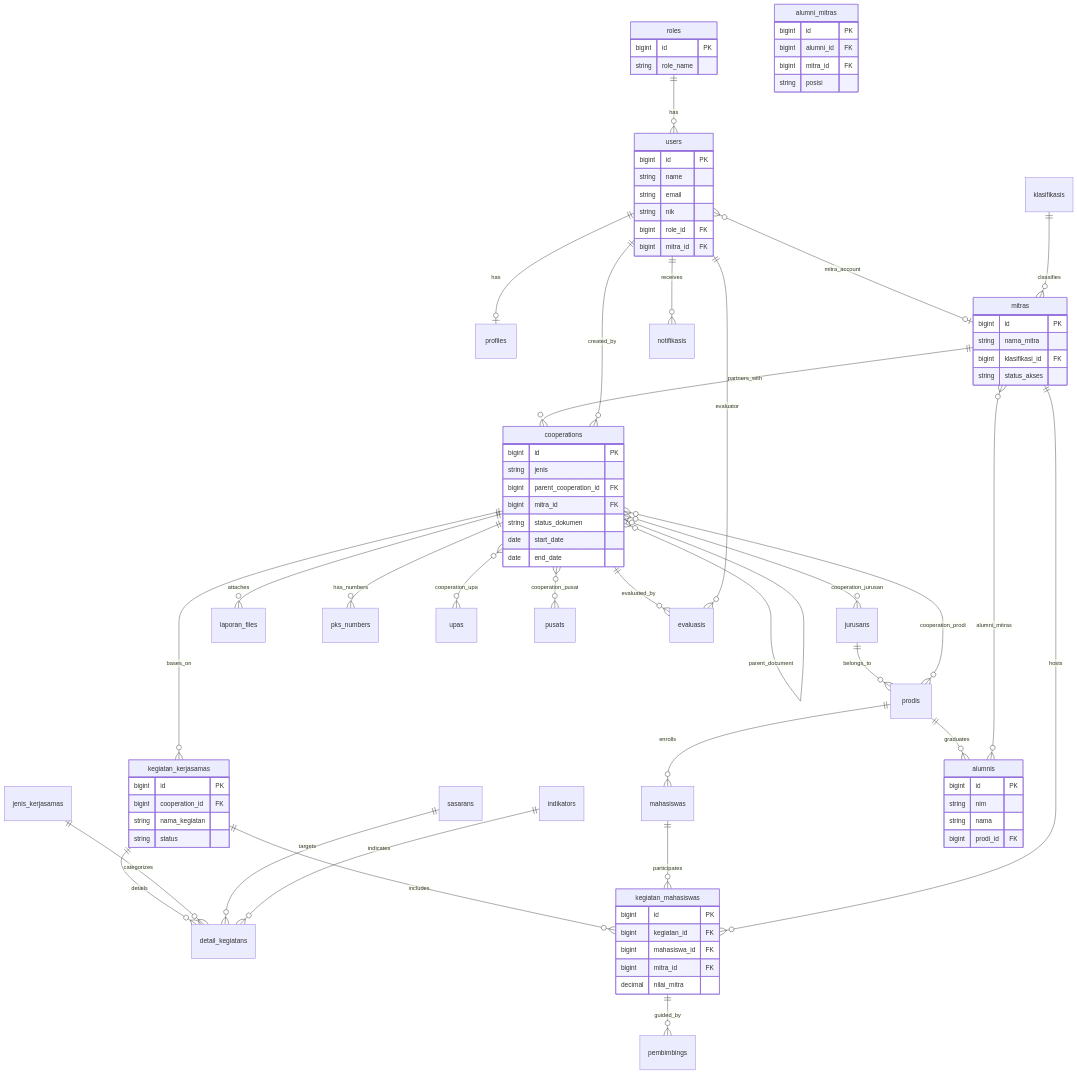
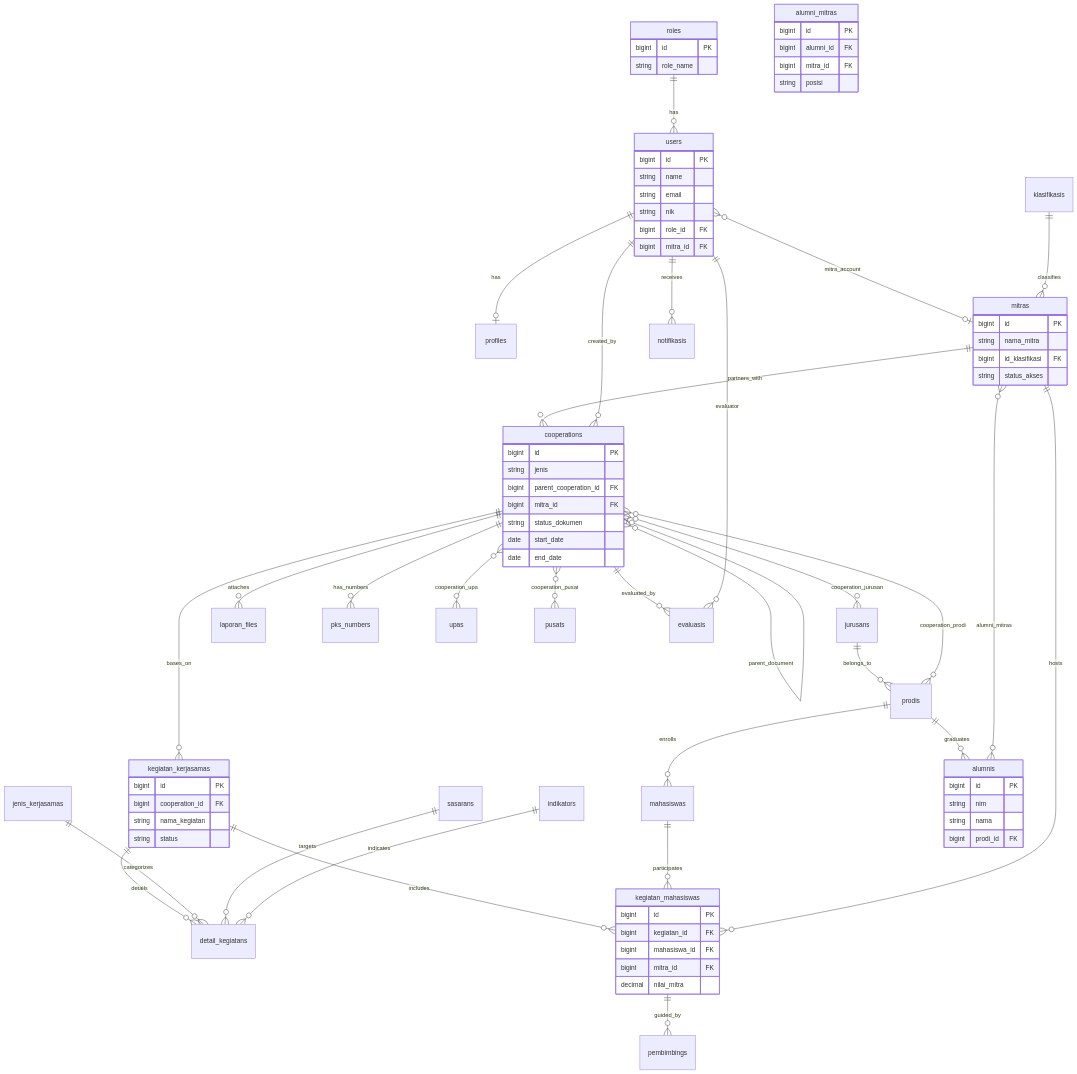
Before and after one commit to billiampalad/wd4: the diagram in pengembangan-sistem/analysis-erd.md, drawn with Mermaid. The commit also changed other lines of this file and 16 other files, not shown here.

```diff
--- a/pengembangan-sistem/analysis-erd.md
+++ b/pengembangan-sistem/analysis-erd.md
@@ -137,7 +137,7 @@
     mitras {
         bigint id PK
         string nama_mitra
-        bigint klasifikasi_id FK
+        bigint id_klasifikasi FK
         string status_akses
     }
 
```
